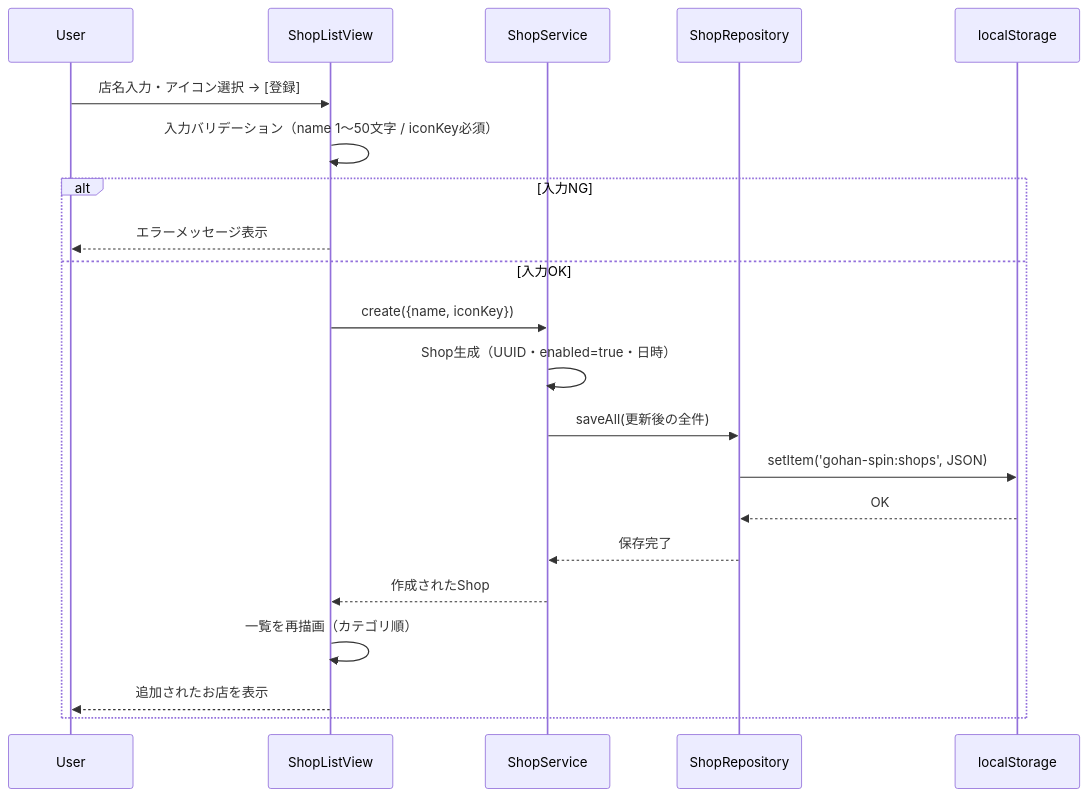
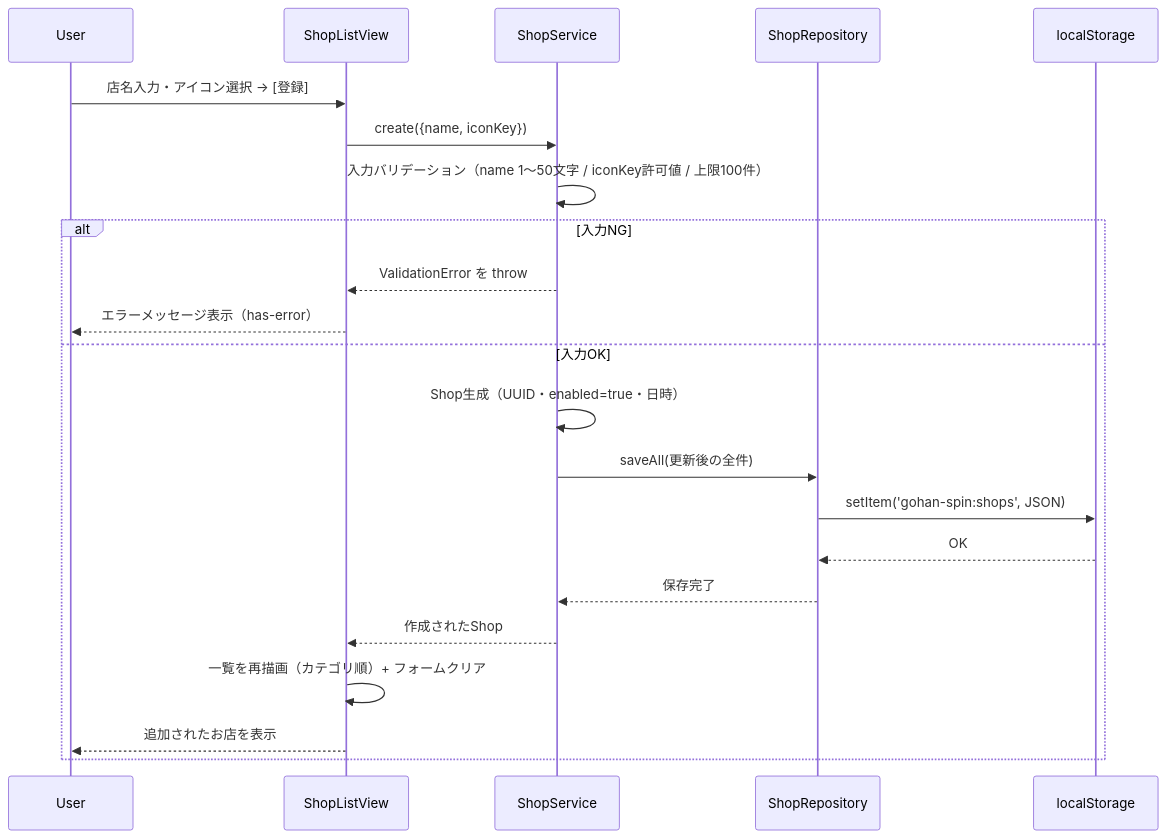
One commit to yucca1/gohan-spin changed the third of 5 diagrams in docs/functional-design.md. Above: the diagram before and after it, drawn with Mermaid. The commit also changed other lines of this file and 22 other files, not shown here.

````diff
--- a/docs/functional-design.md
+++ b/docs/functional-design.md
@@ -252,24 +252,25 @@
 ```mermaid
 sequenceDiagram
     participant User
     participant View as ShopListView
     participant Service as ShopService
     participant Repo as ShopRepository
     participant Storage as localStorage
 
     User->>View: 店名入力・アイコン選択 → [登録]
-    View->>View: 入力バリデーション（name 1〜50文字 / iconKey必須）
+    View->>Service: create({name, iconKey})
+    Service->>Service: 入力バリデーション（name 1〜50文字 / iconKey許可値 / 上限100件）
     alt 入力NG
-        View-->>User: エラーメッセージ表示
+        Service-->>View: ValidationError を throw
+        View-->>User: エラーメッセージ表示（has-error）
     else 入力OK
-        View->>Service: create({name, iconKey})
         Service->>Service: Shop生成（UUID・enabled=true・日時）
         Service->>Repo: saveAll(更新後の全件)
         Repo->>Storage: setItem('gohan-spin:shops', JSON)
         Storage-->>Repo: OK
         Repo-->>Service: 保存完了
         Service-->>View: 作成されたShop
-        View->>View: 一覧を再描画（カテゴリ順）
+        View->>View: 一覧を再描画（カテゴリ順）+ フォームクリア
         View-->>User: 追加されたお店を表示
     end
 ```
````
